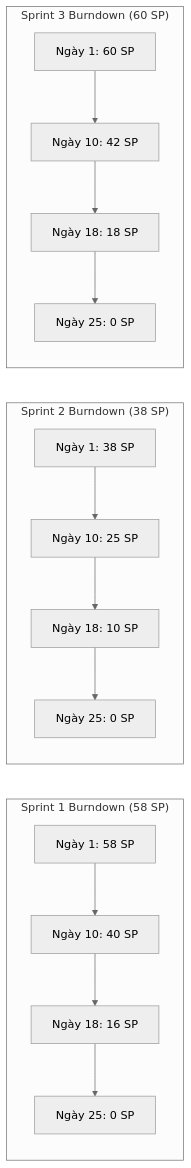
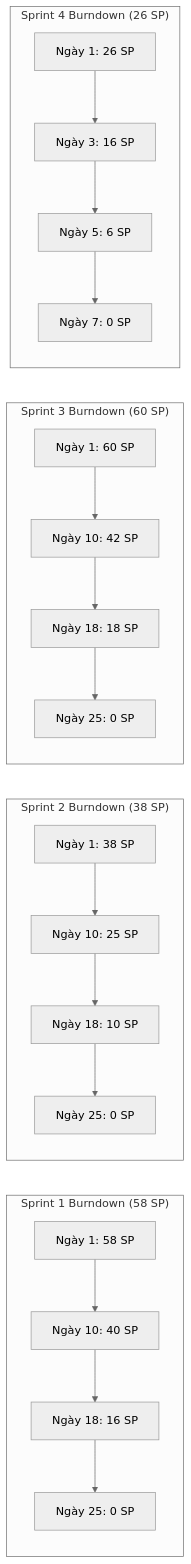
Before and after one commit to itsminloc/Cyberig: the third of 3 diagrams in docs/scrum/JIRA-SPRINT-REPORT.md, drawn with Mermaid (neutral theme). The commit also changed other lines of this file and 10 other files, not shown here.

````diff
--- a/docs/scrum/JIRA-SPRINT-REPORT.md
+++ b/docs/scrum/JIRA-SPRINT-REPORT.md
@@ -367,12 +408,15 @@
 ```mermaid
 flowchart LR
     subgraph SP1["Sprint 1 Burndown (58 SP)"]
         A1["Ngày 1: 58 SP"] --> A2["Ngày 10: 40 SP"] --> A3["Ngày 18: 16 SP"] --> A4["Ngày 25: 0 SP"]
     end
     subgraph SP2["Sprint 2 Burndown (38 SP)"]
         B1["Ngày 1: 38 SP"] --> B2["Ngày 10: 25 SP"] --> B3["Ngày 18: 10 SP"] --> B4["Ngày 25: 0 SP"]
     end
     subgraph SP3["Sprint 3 Burndown (60 SP)"]
         C1["Ngày 1: 60 SP"] --> C2["Ngày 10: 42 SP"] --> C3["Ngày 18: 18 SP"] --> C4["Ngày 25: 0 SP"]
     end
+    subgraph SP4["Sprint 4 Burndown (26 SP)"]
+        D1["Ngày 1: 26 SP"] --> D2["Ngày 3: 16 SP"] --> D3["Ngày 5: 6 SP"] --> D4["Ngày 7: 0 SP"]
+    end
 ```
````
